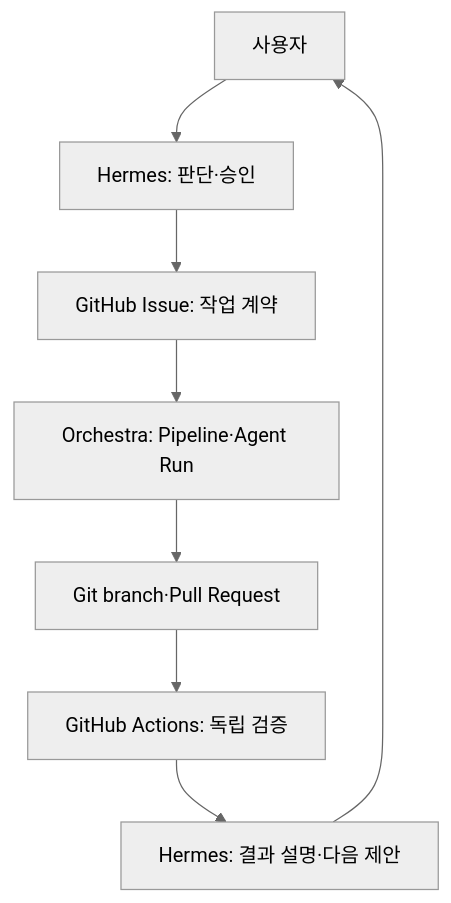
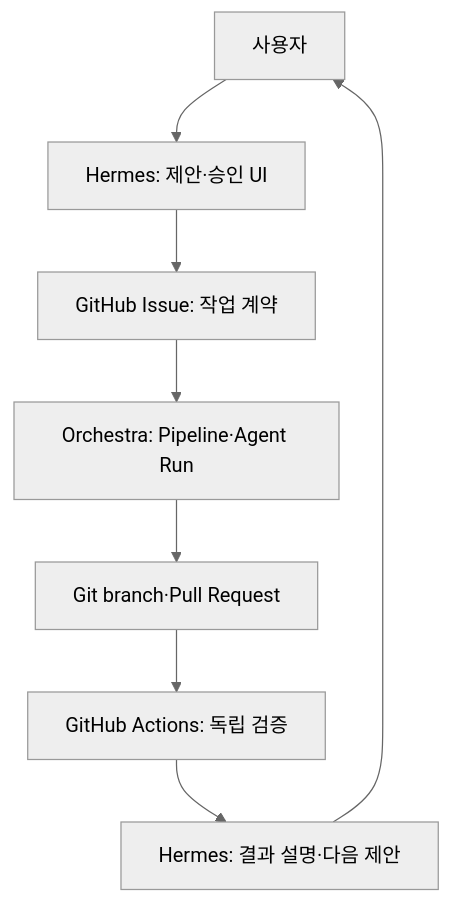
Before and after one commit to yjs000/wiki: the eighth of 12 diagrams in docs/ai-agent-systems/harness-engineering-codex-hermes-orchestra.md, drawn with Mermaid (neutral theme). The commit also changed other lines of this file and 1 other file, not shown here.

````diff
--- a/docs/ai-agent-systems/harness-engineering-codex-hermes-orchestra.md
+++ b/docs/ai-agent-systems/harness-engineering-codex-hermes-orchestra.md
@@ -444,10 +450,10 @@
 ```mermaid
 flowchart TB
-    U[사용자] --> H[Hermes: 판단·승인]
+    U[사용자] --> H[Hermes: 제안·승인 UI]
     H --> I[GitHub Issue: 작업 계약]
     I --> O[Orchestra: Pipeline·Agent Run]
     O --> G[Git branch·Pull Request]
     G --> A[GitHub Actions: 독립 검증]
     A --> R[Hermes: 결과 설명·다음 제안]
     R --> U
 ```
````
